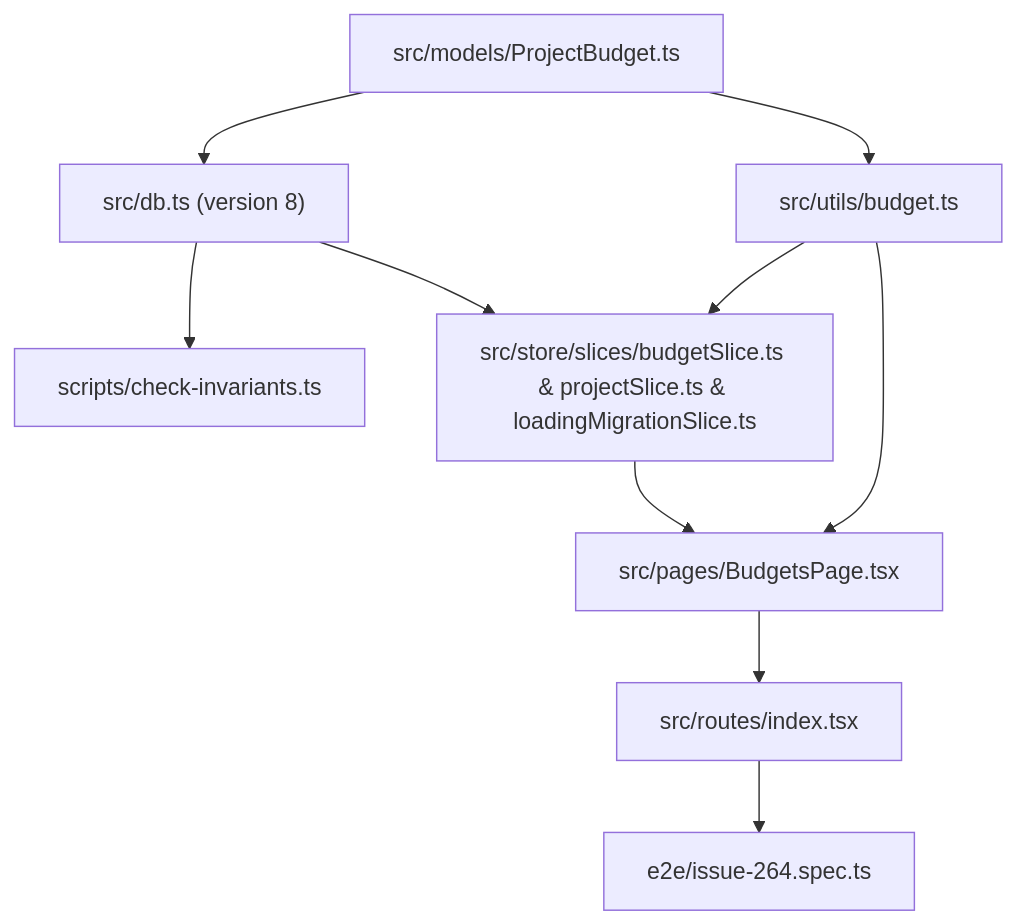
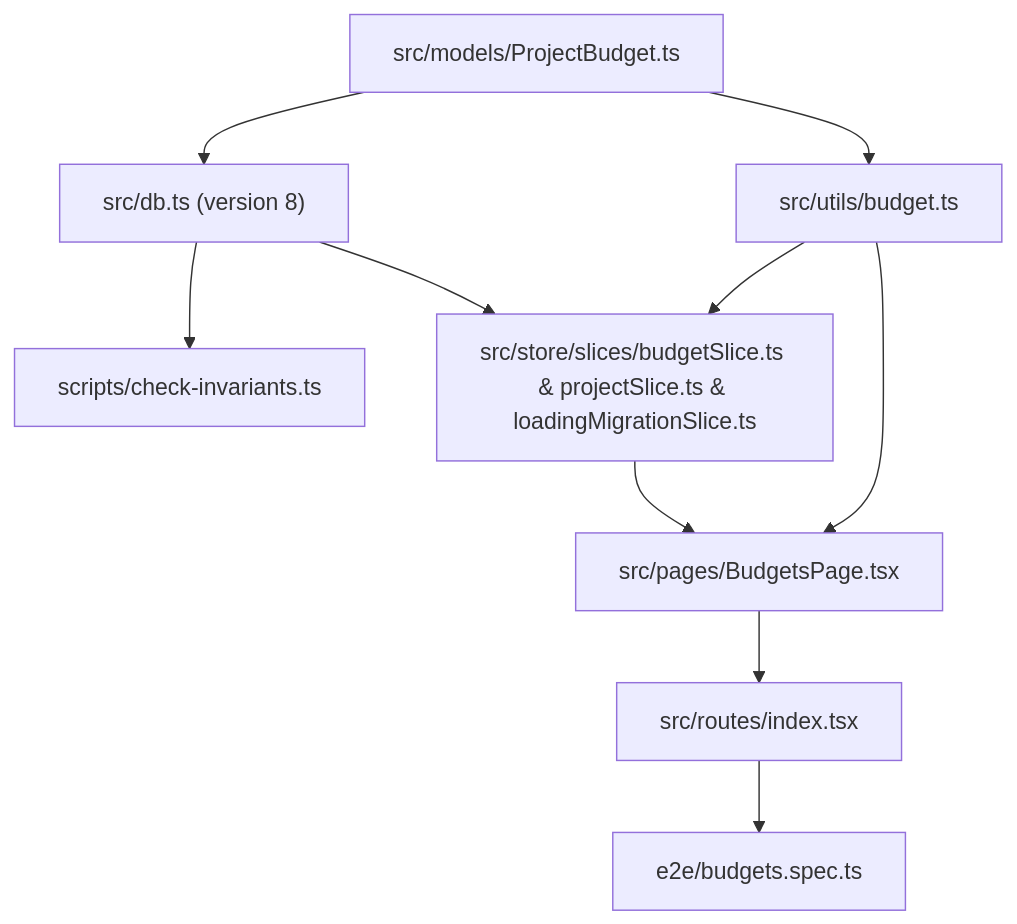
The diagram in docs/specs/issue-264-project-budget-management/plan.md (dArignac/effortum), drawn with Mermaid before and after one commit. The commit also changed other lines of this file and 4 other files, not shown here.

Commit message:
test(e2e): rename issue-264.spec.ts to budgets.spec.ts (#264)

````diff
--- a/docs/specs/issue-264-project-budget-management/plan.md
+++ b/docs/specs/issue-264-project-budget-management/plan.md
@@ -5,12 +5,12 @@
 ```mermaid
 flowchart TD
   Model["src/models/ProjectBudget.ts"] --> DB["src/db.ts (version 8)"]
   Model --> Utils["src/utils/budget.ts"]
   DB --> Guard["scripts/check-invariants.ts"]
   DB --> Store["src/store/slices/budgetSlice.ts & projectSlice.ts & loadingMigrationSlice.ts"]
   Utils --> Store
   Store --> Page["src/pages/BudgetsPage.tsx"]
   Utils --> Page
   Page --> Route["src/routes/index.tsx"]
-  Route --> E2E["e2e/issue-264.spec.ts"]
+  Route --> E2E["e2e/budgets.spec.ts"]
 ```
````
